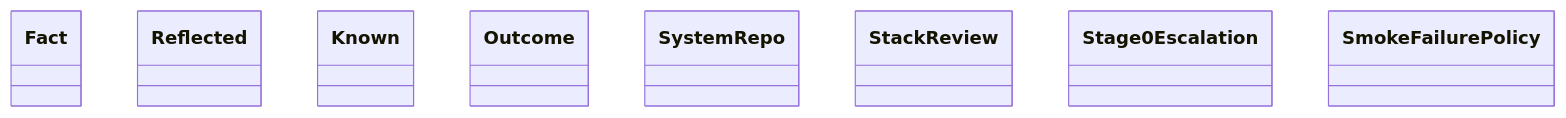
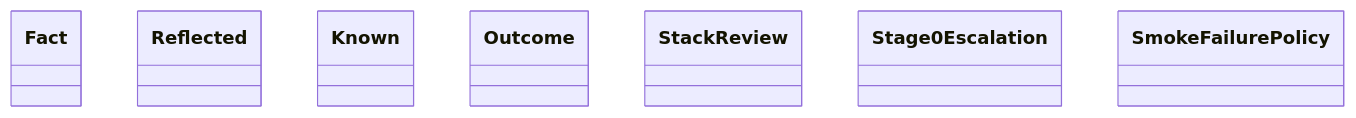
Before and after one commit to GonzaloZevallos/agentic-system: the diagram in docs/architecture/generated/classes-process-application-reflection.md, drawn with Mermaid. The commit also changed other lines of this file and 12 other files, not shown here.

Commit message:
Place the format_issue module in the support cluster and regenerate the class diagrams

````diff
--- a/docs/architecture/generated/classes-process-application-reflection.md
+++ b/docs/architecture/generated/classes-process-application-reflection.md
@@ -20,11 +20,10 @@
 ```mermaid
 classDiagram
     class reflect__Fact["Fact"]
     class reflect__Reflected["Reflected"]
     class reflect_run__Known["Known"]
     class reflect_run__Outcome["Outcome"]
-    class reflect_run__SystemRepo["SystemRepo"]
     class stack_review__StackReview["StackReview"]
     class stage0_escalation__Stage0Escalation["Stage0Escalation"]
     class stage0_failure__SmokeFailurePolicy["SmokeFailurePolicy"]
 ```
````
